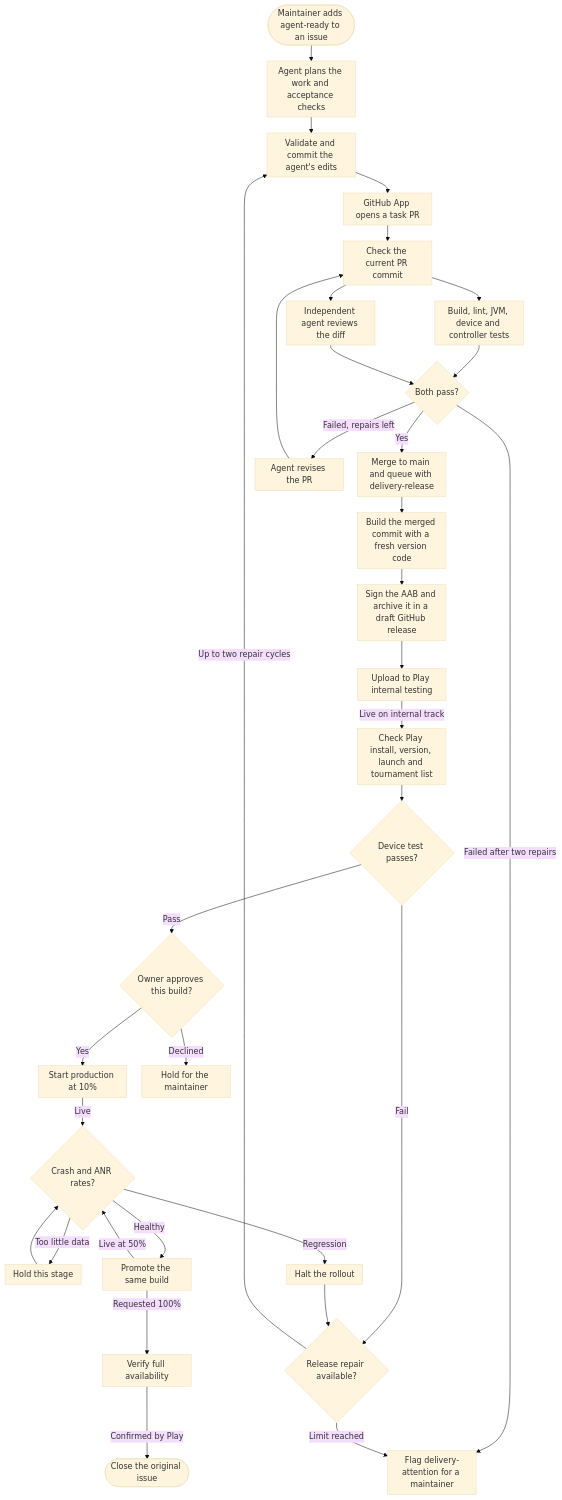
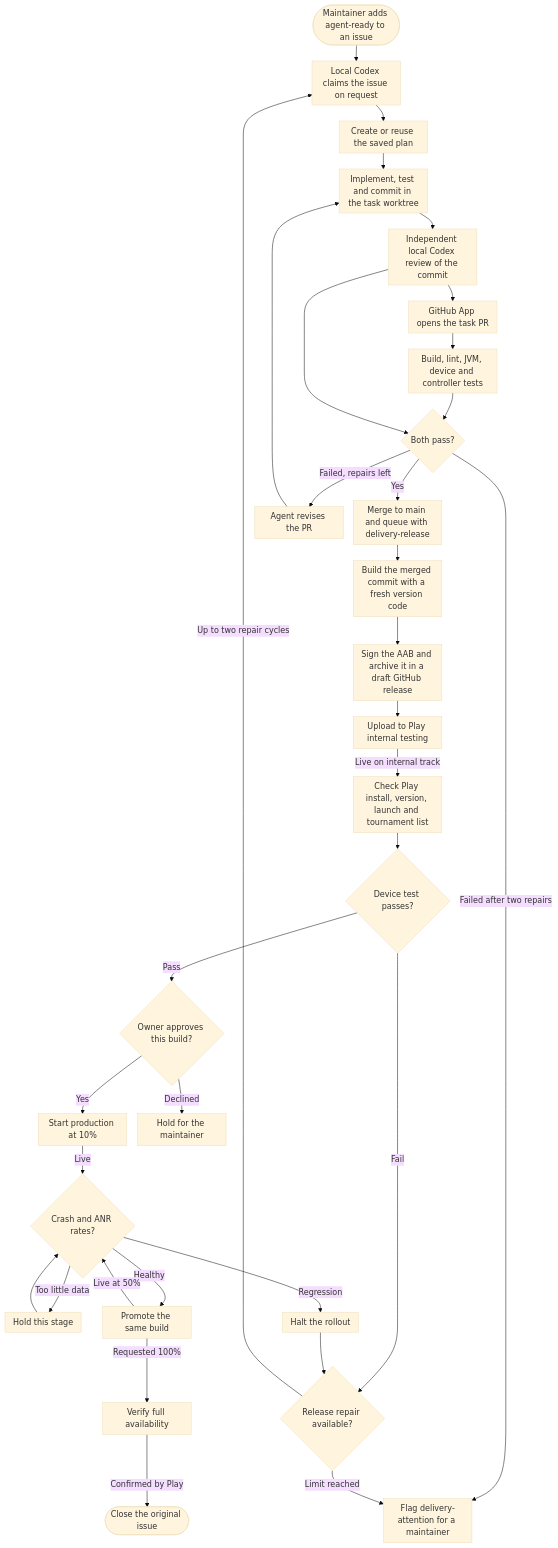
The diagram in README.md (Oziomajnr/ChessTournamentManager), drawn with Mermaid (base theme) before and after one commit. The commit also changed other lines of this file and 13 other files, not shown here.

Commit message:
Move queued issue implementation to local Codex and publish issue stages (#9)

````diff
--- a/README.md
+++ b/README.md
@@ -69,52 +69,52 @@
 ```mermaid
 ---
 config:
   flowchart:
     nodeSpacing: 20
     rankSpacing: 32
     padding: 8
     wrappingWidth: 145
 ---
 flowchart TD
     accTitle: Agentic delivery from a GitHub issue to Google Play
     accDescr: A maintainer queues an issue. Agents plan, implement and review the change. CI and review must pass on the same commit before merge. A Play-installed device test and owner approval precede a staged production rollout. Failures lead to repairs or a maintainer. The issue closes when Play confirms full availability.
 
     %% Issue and pull request
-    intake(["Maintainer adds agent-ready to an issue"]) --> plan["Agent plans the work and acceptance checks"]
-    plan --> implement["Validate and commit the agent's edits"]
-    implement --> pr["GitHub App opens a task PR"]
-    pr --> revision["Check the current PR commit"]
-    revision --> ci["Build, lint, JVM, device and controller tests"]
-    revision --> review["Independent agent reviews the diff"]
+    intake(["Maintainer adds agent-ready to an issue"]) --> pickup["Local Codex claims the issue on request"]
+    pickup --> plan["Create or reuse the saved plan"]
+    plan --> implement["Implement, test and commit in the task worktree"]
+    implement --> review["Independent local Codex review of the commit"]
+    review --> pr["GitHub App opens the task PR"]
+    pr --> ci["Build, lint, JVM, device and controller tests"]
     ci --> gate{"Both pass?"}
     review --> gate
     gate -->|Yes| merge["Merge to main and queue with delivery-release"]
     gate -->|Failed, repairs left| patch["Agent revises the PR"]
-    patch --> revision
+    patch --> implement
     gate -->|Failed after two repairs| attention["Flag delivery-attention for a maintainer"]
 
     %% Build and internal testing
     merge --> build["Build the merged commit with a fresh version code"]
     build --> sign["Sign the AAB and archive it in a draft GitHub release"]
     sign --> upload["Upload to Play internal testing"]
     upload -->|Live on internal track| install["Check Play install, version, launch and tournament list"]
     install --> smoke{"Device test passes?"}
 
     %% Production rollout
     approval{"Owner approves this build?"} -->|Yes| ten["Start production at 10%"]
     approval -->|Declined| blocked["Hold for the maintainer"]
     ten -->|Live| vitals{"Crash and ANR rates?"}
     vitals -->|Too little data| wait["Hold this stage"]
     wait --> vitals
     vitals -->|Regression| halt["Halt the rollout"]
     vitals -->|Healthy| promote["Promote the same build"]
     promote -->|Live at 50%| vitals
     promote -->|Requested 100%| full["Verify full availability"]
     full -->|Confirmed by Play| closed(["Close the original issue"])
 
     smoke -->|Pass| approval
     smoke -->|Fail| repair{"Release repair available?"}
     halt --> repair
-    repair -->|Up to two repair cycles| implement
+    repair -->|Up to two repair cycles| pickup
     repair -->|Limit reached| attention
 ```
````
